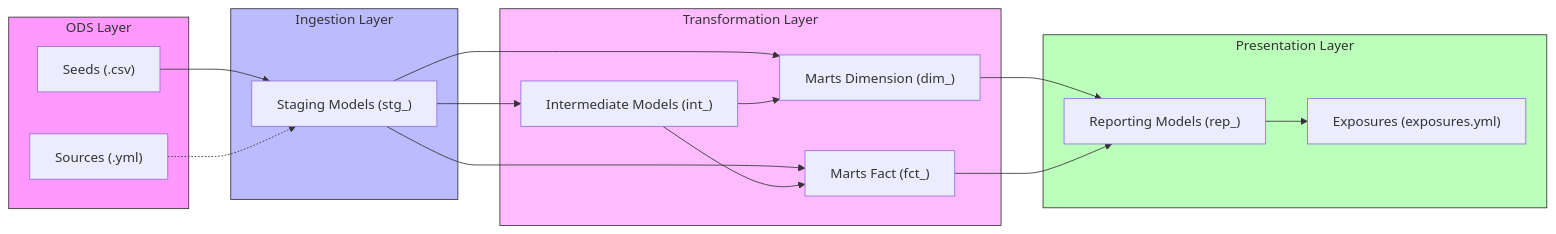
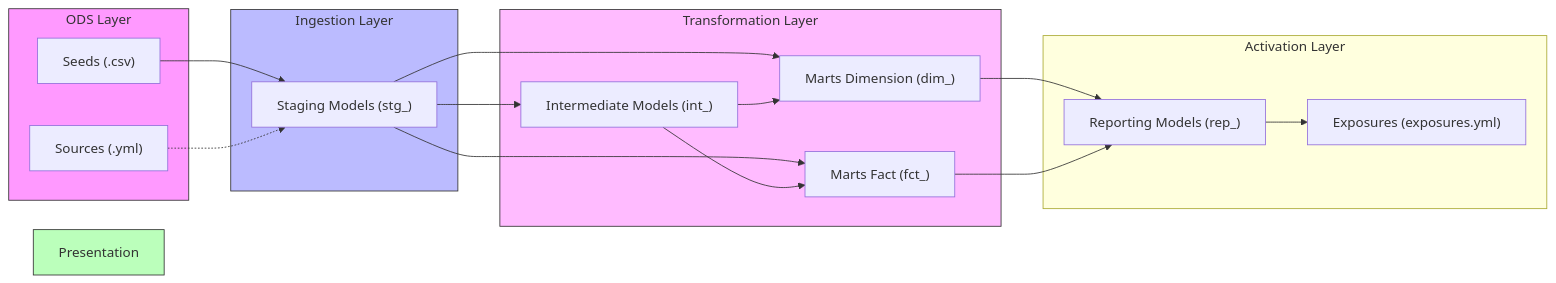
One commit to davnnis2003/dbt_enpal_assessment changed the diagram in README.md. Above: the diagram before and after it, drawn with Mermaid. The commit also changed other lines of this file, not shown here.

Commit message:
docs: rename Presentation layer to Activation in README architecture documentation

````diff
--- a/README.md
+++ b/README.md
@@ -63,38 +51,38 @@
 ```mermaid
 graph LR
     subgraph ODS ["ODS Layer"]
         Seeds["Seeds (.csv)"]
         Sources["Sources (.yml)"]
     end
 
     subgraph Ingestion ["Ingestion Layer"]
         Staging["Staging Models (stg_)"]
     end
 
     subgraph Transformation ["Transformation Layer"]
         Intermediate["Intermediate Models (int_)"]
         MartsDim["Marts Dimension (dim_)"]
         MartsFct["Marts Fact (fct_)"]
     end
 
-    subgraph Presentation ["Presentation Layer"]
+    subgraph Activation ["Activation Layer"]
         Reporting["Reporting Models (rep_)"]
         Exposures["Exposures (exposures.yml)"]
     end
 
     Seeds --> Staging
     Sources -.-> Staging
     Staging --> Intermediate
     Staging --> MartsDim
     Staging --> MartsFct
     Intermediate --> MartsDim
     Intermediate --> MartsFct
     MartsDim --> Reporting
     MartsFct --> Reporting
     Reporting --> Exposures
     
     style ODS fill:#f9f,stroke:#333,stroke-width:1px
     style Ingestion fill:#bbf,stroke:#333,stroke-width:1px
     style Transformation fill:#fbf,stroke:#333,stroke-width:1px
     style Presentation fill:#bfb,stroke:#333,stroke-width:1px
 ```
````
